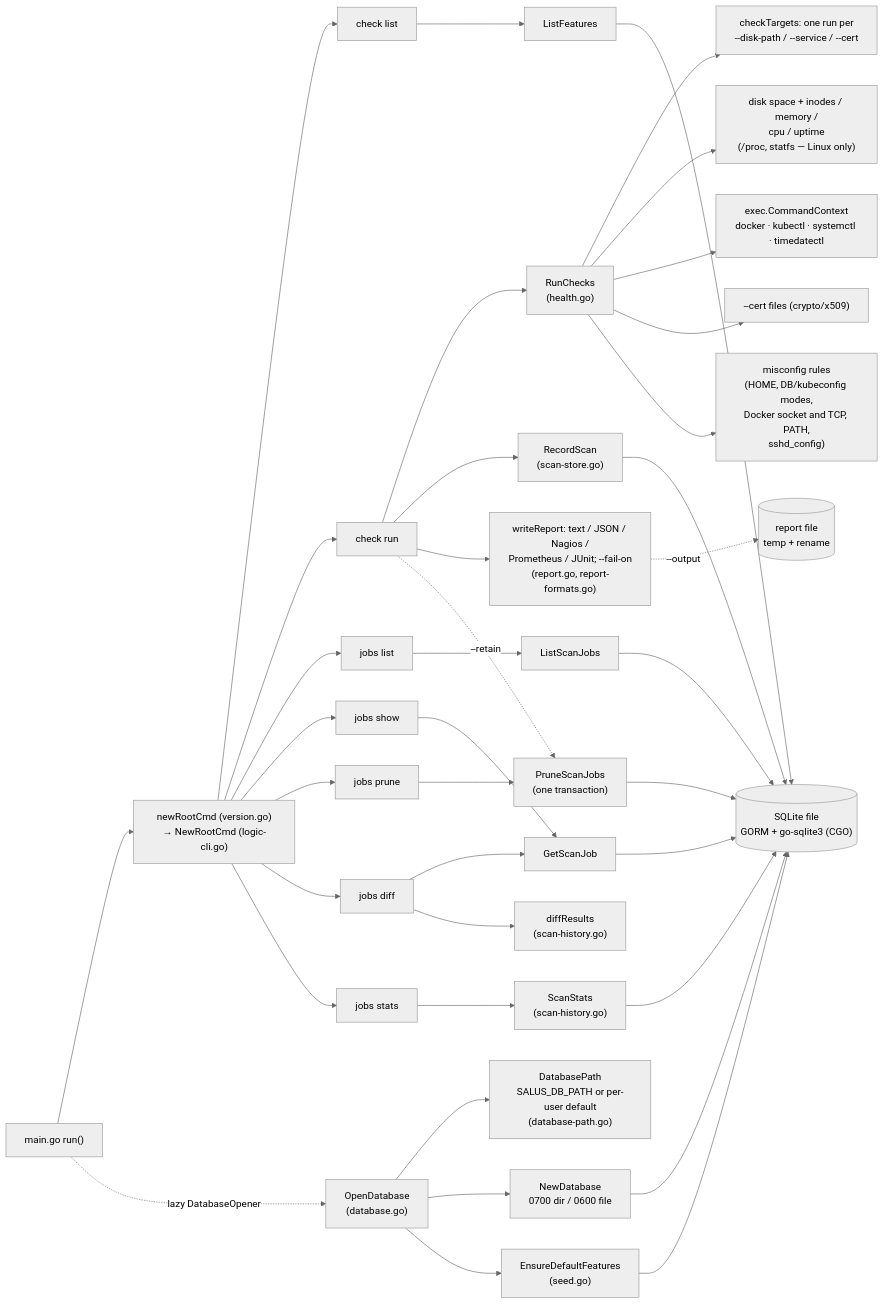
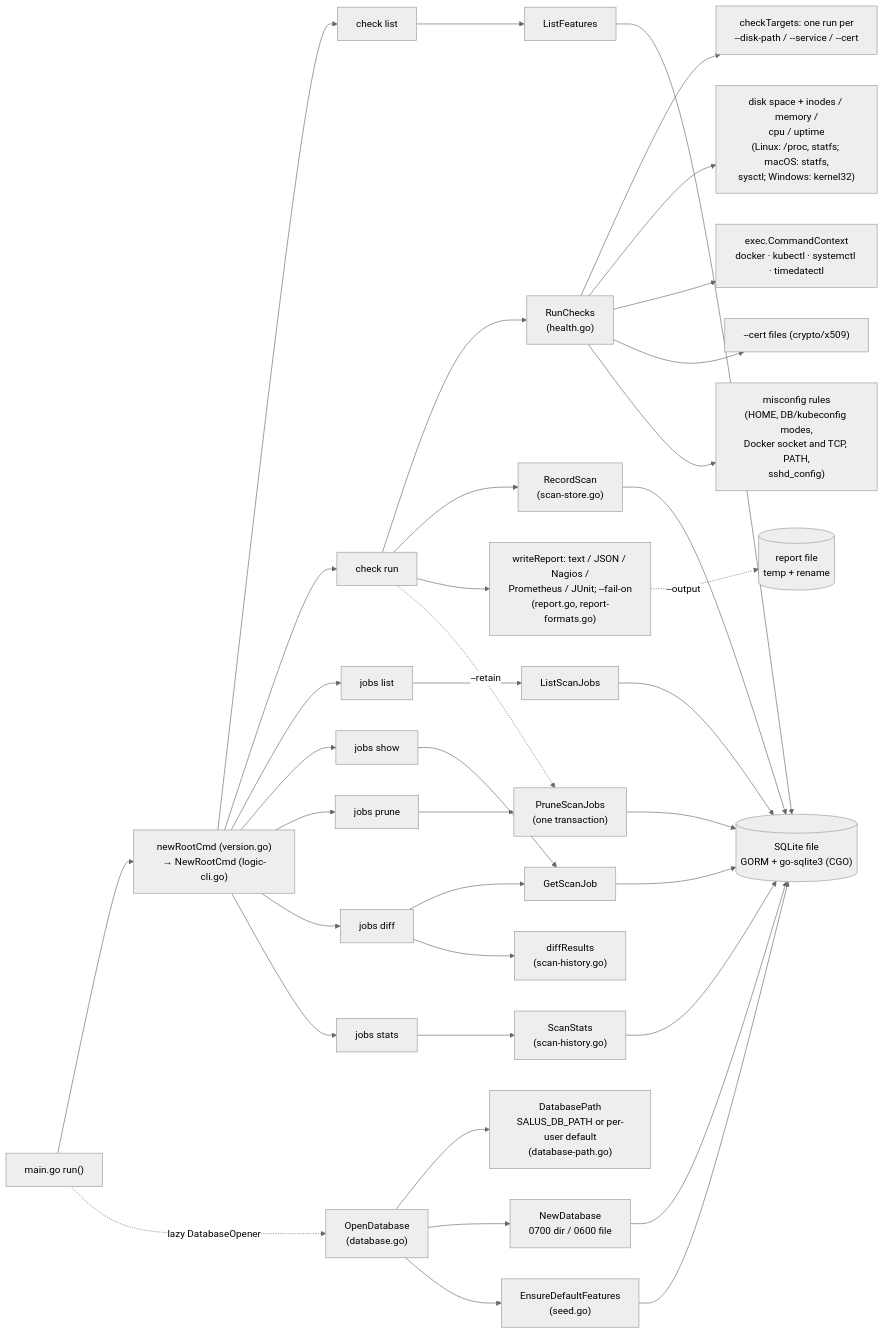
The first of 3 diagrams in intel/map.md (jabbott-iii/Salus), drawn with Mermaid (neutral theme) before and after one commit. The commit also changed other lines of this file and 21 other files, not shown here.

Commit message:
Feat: Disk, inode, memory, CPU and host uptime checks now work on macOS and Windows, not just Linux

````diff
--- a/intel/map.md
+++ b/intel/map.md
@@ -86,44 +96,44 @@
 ```mermaid
 flowchart LR
     main["main.go run()"] --> Root["newRootCmd (version.go)<br/>→ NewRootCmd (logic-cli.go)"]
     main -. "lazy DatabaseOpener" .-> Open["OpenDatabase<br/>(database.go)"]
     Open --> dbpath["DatabasePath<br/>SALUS_DB_PATH or per-user default<br/>(database-path.go)"]
     Open --> NewDatabase["NewDatabase<br/>0700 dir / 0600 file"]
     Open --> Seed["EnsureDefaultFeatures<br/>(seed.go)"]
 
     Root --> CheckList["check list"]
     Root --> CheckRun["check run"]
     Root --> JobsList["jobs list"]
     Root --> JobsShow["jobs show"]
     Root --> JobsPrune["jobs prune"]
     Root --> JobsDiff["jobs diff"]
     Root --> JobsStats["jobs stats"]
 
     CheckRun --> RunChecks["RunChecks<br/>(health.go)"]
     CheckRun --> RecordScan["RecordScan<br/>(scan-store.go)"]
     CheckRun --> Report["writeReport: text / JSON / Nagios /<br/>Prometheus / JUnit; --fail-on<br/>(report.go, report-formats.go)"]
     Report -. "--output" .-> OutFile[("report file<br/>temp + rename")]
     CheckRun -. "--retain" .-> PruneScanJobs
     CheckList --> ListFeatures
     JobsList --> ListScanJobs
     JobsShow --> GetScanJob
     JobsPrune --> PruneScanJobs["PruneScanJobs<br/>(one transaction)"]
     JobsDiff --> GetScanJob
     JobsDiff --> Diff["diffResults<br/>(scan-history.go)"]
     JobsStats --> ScanStats["ScanStats<br/>(scan-history.go)"]
 
     RunChecks --> Targets["checkTargets: one run per<br/>--disk-path / --service / --cert"]
-    RunChecks --> Resources["disk space + inodes / memory /<br/>cpu / uptime<br/>(/proc, statfs — Linux only)"]
+    RunChecks --> Resources["disk space + inodes / memory /<br/>cpu / uptime<br/>(Linux: /proc, statfs; macOS: statfs,<br/>sysctl; Windows: kernel32)"]
     RunChecks --> Exec["exec.CommandContext<br/>docker · kubectl · systemctl · timedatectl"]
     RunChecks --> Files["--cert files (crypto/x509)"]
     RunChecks --> Misconfig["misconfig rules<br/>(HOME, DB/kubeconfig modes,<br/>Docker socket and TCP, PATH,<br/>sshd_config)"]
 
     NewDatabase --> SQLite[("SQLite file<br/>GORM + go-sqlite3 (CGO)")]
     Seed --> SQLite
     RecordScan --> SQLite
     ListFeatures --> SQLite
     ListScanJobs --> SQLite
     GetScanJob --> SQLite
     PruneScanJobs --> SQLite
     ScanStats --> SQLite
 ```
````
